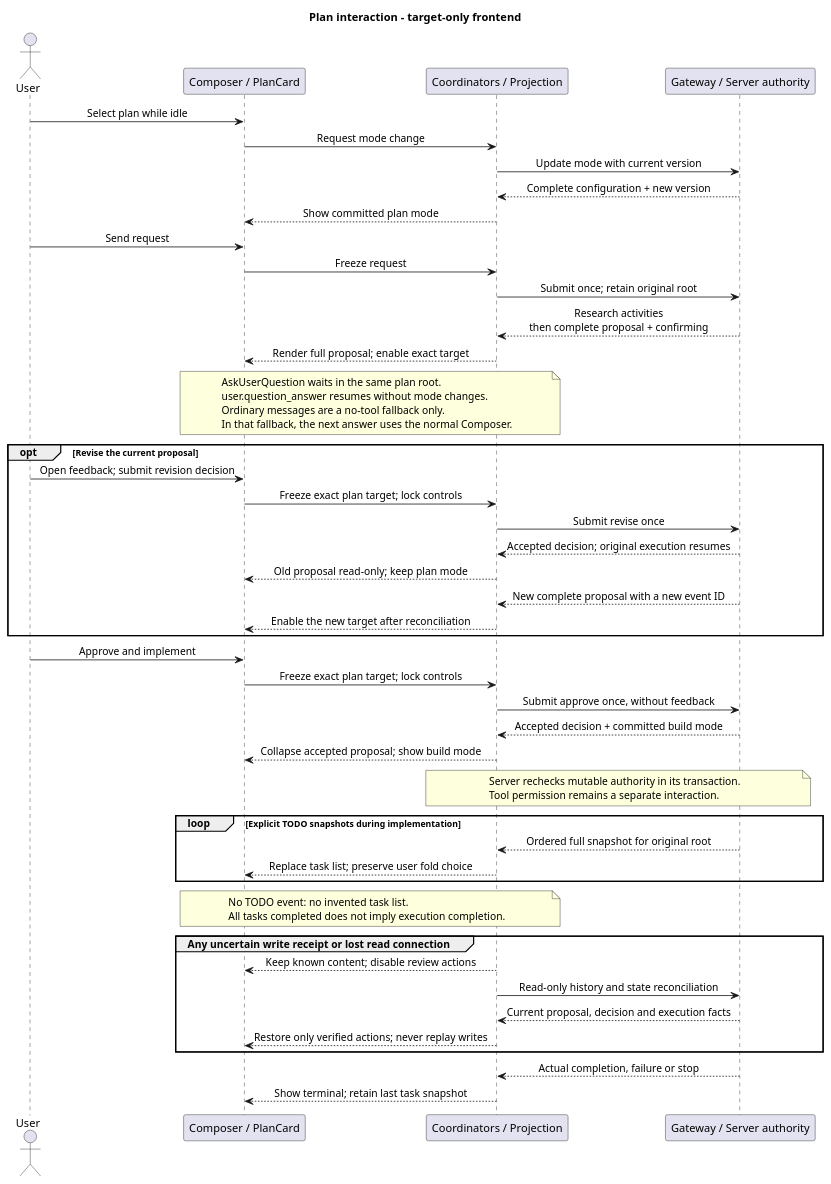
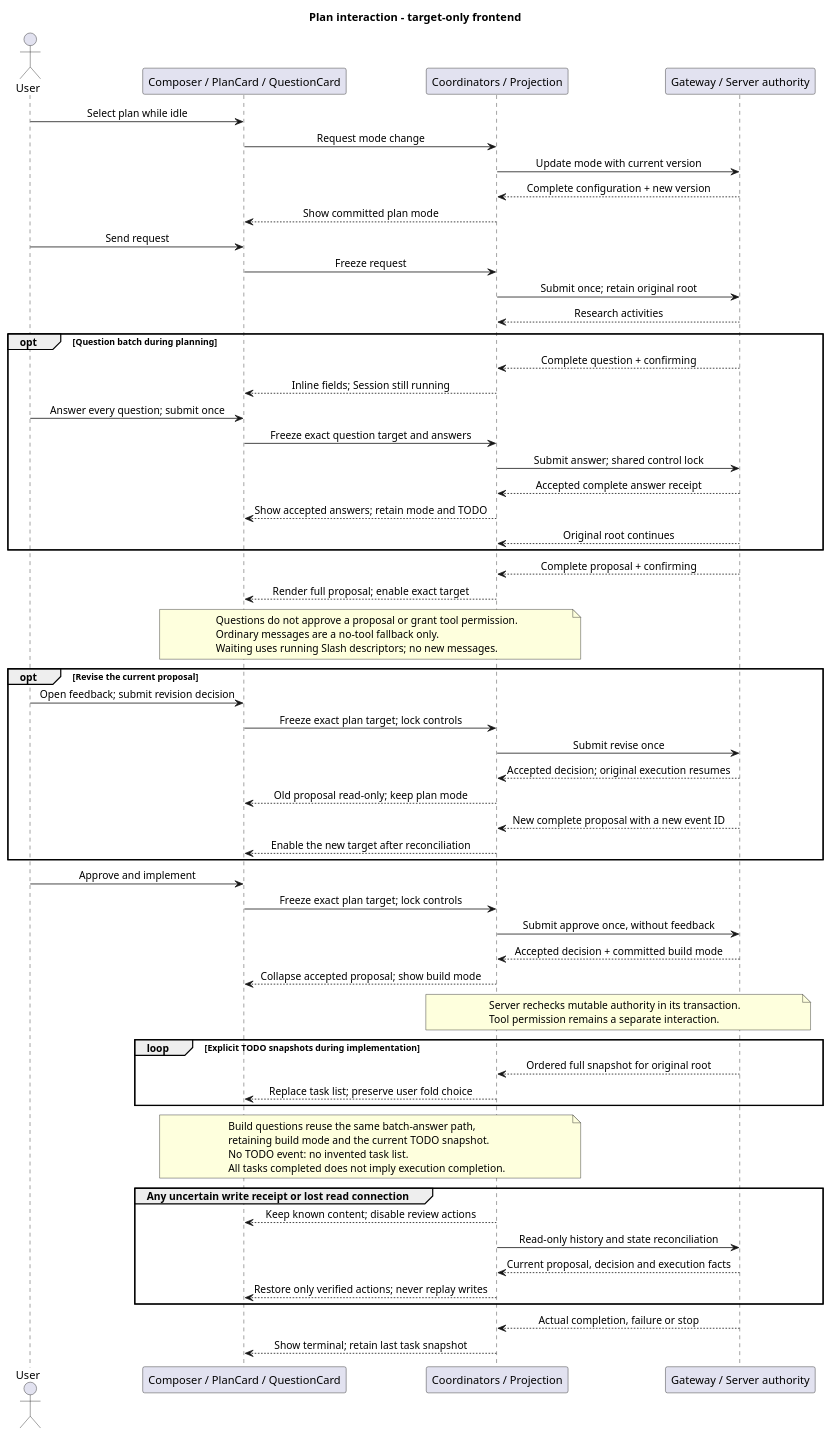
The eighth of 8 diagrams in 01-总体架构/04-CampusClaw前端体验/diagram.puml (ssm0808/pi-mono-java-design), drawn with PlantUML before and after one commit. The commit also changed other lines of this file and 21 other files, not shown here.

Commit message:
docs(frontend): 更新计划问答与 Slash 交互设计

```diff
--- a/01-总体架构/04-CampusClaw前端体验/diagram.puml
+++ b/01-总体架构/04-CampusClaw前端体验/diagram.puml
@@ -471,71 +485,84 @@
 @startuml target_plan_interaction
-' Source baseline: pi-mono-java 29ebec6a8cad99896414211cda28c6fffec71bee.
+' Source baseline: pi-mono-java 699f929f6826b595ed1d0162f6def66e2f84760b.
 ' Source evidence: frontend/src/runtime/eventStore.ts executionState and reconcileEvents.
 ' Source evidence: frontend/src/composables/useRuntimeApi.ts recover, submitStream and consume.
 ' Codex d58d0e5841e0de08e251673db2d5af8cf3a1ad51:
 ' codex-rs/tui/src/chatwidget/plan_implementation.rs selection_view_params;
 ' codex-rs/core/src/tools/handlers/plan.rs PlanHandler::handle_call.
-' Observed behavior: Java has tool confirmation and history recovery, but no plan UI at this baseline.
+' Observed behavior: Java has plan UI, Slash and progress; structured questions are a later extension.
+' Source: frontend/src/components/PlanCard.vue; runtime/eventStore.ts; types/runtime.ts.
 ' Java divergence: approve resumes the original root execution; no clear-context path.
 ' Design reason: proposal, decision receipt, execution progress and terminal are separate facts.
 ' All interactions below are target-only UI projections, not HTTP enums.
 title Plan interaction - target-only frontend
 skinparam backgroundColor white
 skinparam shadowing false
 skinparam defaultFontName SansSerif
 skinparam sequenceMessageAlign center
 actor User
-participant "Composer / PlanCard" as UI
+participant "Composer / PlanCard / QuestionCard" as UI
 participant "Coordinators / Projection" as State
 participant "Gateway / Server authority" as API
 User -> UI : Select plan while idle
 UI -> State : Request mode change
 State -> API : Update mode with current version
 API --> State : Complete configuration + new version
 State --> UI : Show committed plan mode
 User -> UI : Send request
 UI -> State : Freeze request
 State -> API : Submit once; retain original root
-API --> State : Research activities\nthen complete proposal + confirming
+API --> State : Research activities
+opt Question batch during planning
+  API --> State : Complete question + confirming
+  State --> UI : Inline fields; Session still running
+  User -> UI : Answer every question; submit once
+  UI -> State : Freeze exact question target and answers
+  State -> API : Submit answer; shared control lock
+  API --> State : Accepted complete answer receipt
+  State --> UI : Show accepted answers; retain mode and TODO
+  API --> State : Original root continues
+end
+API --> State : Complete proposal + confirming
 State --> UI : Render full proposal; enable exact target
 note over UI, State
-  AskUserQuestion waits in the same plan root.
-  user.question_answer resumes without mode changes.
+  Questions do not approve a proposal or grant tool permission.
   Ordinary messages are a no-tool fallback only.
-  In that fallback, the next answer uses the normal Composer.
+  Waiting uses running Slash descriptors; no new messages.
 end note
 opt Revise the current proposal
   User -> UI : Open feedback; submit revision decision
   UI -> State : Freeze exact plan target; lock controls
   State -> API : Submit revise once
   API --> State : Accepted decision; original execution resumes
   State --> UI : Old proposal read-only; keep plan mode
   API --> State : New complete proposal with a new event ID
   State --> UI : Enable the new target after reconciliation
 end
 User -> UI : Approve and implement
 UI -> State : Freeze exact plan target; lock controls
 State -> API : Submit approve once, without feedback
 API --> State : Accepted decision + committed build mode
 State --> UI : Collapse accepted proposal; show build mode
 note over State, API
   Server rechecks mutable authority in its transaction.
   Tool permission remains a separate interaction.
 end note
 loop Explicit TODO snapshots during implementation
   API --> State : Ordered full snapshot for original root
   State --> UI : Replace task list; preserve user fold choice
 end
 note over UI, State
+  Build questions reuse the same batch-answer path,
+  retaining build mode and the current TODO snapshot.
   No TODO event: no invented task list.
   All tasks completed does not imply execution completion.
 end note
 group Any uncertain write receipt or lost read connection
   State --> UI : Keep known content; disable review actions
   State -> API : Read-only history and state reconciliation
   API --> State : Current proposal, decision and execution facts
   State --> UI : Restore only verified actions; never replay writes
 end
 API --> State : Actual completion, failure or stop
 State --> UI : Show terminal; retain last task snapshot
 @enduml
```
